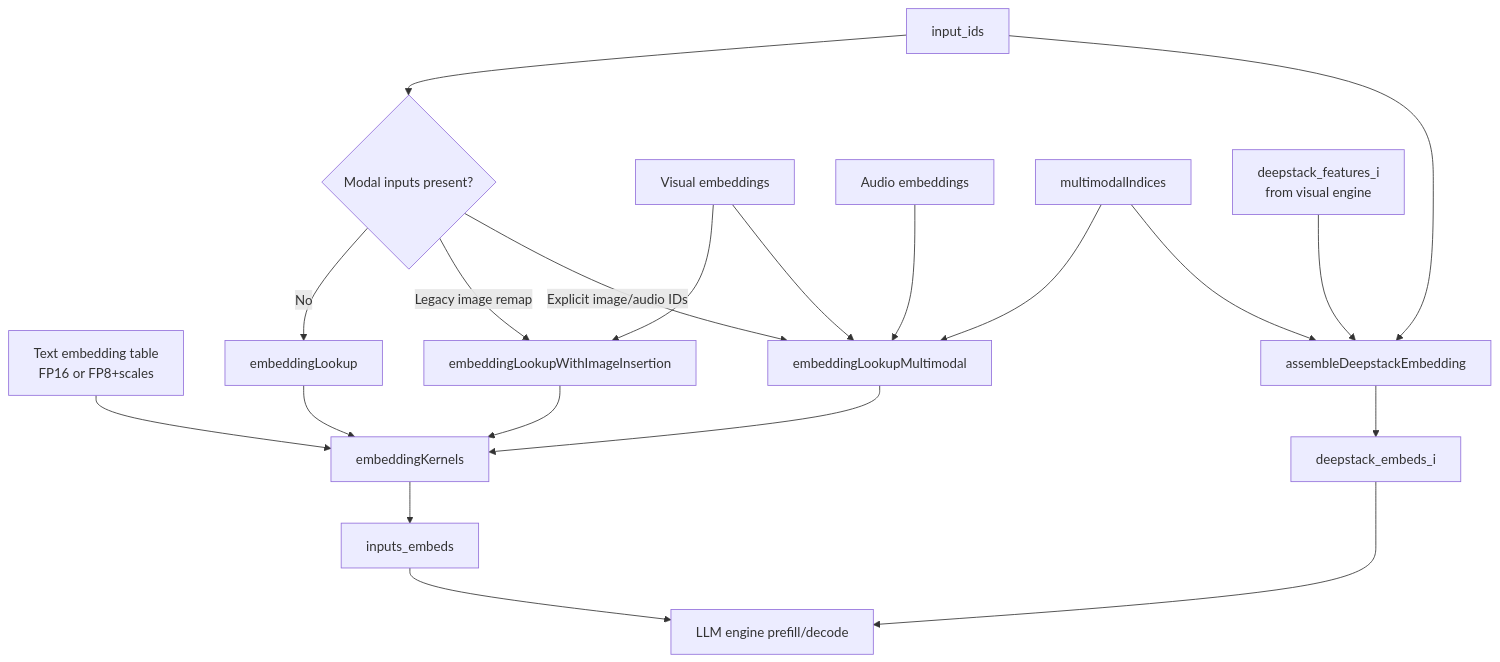
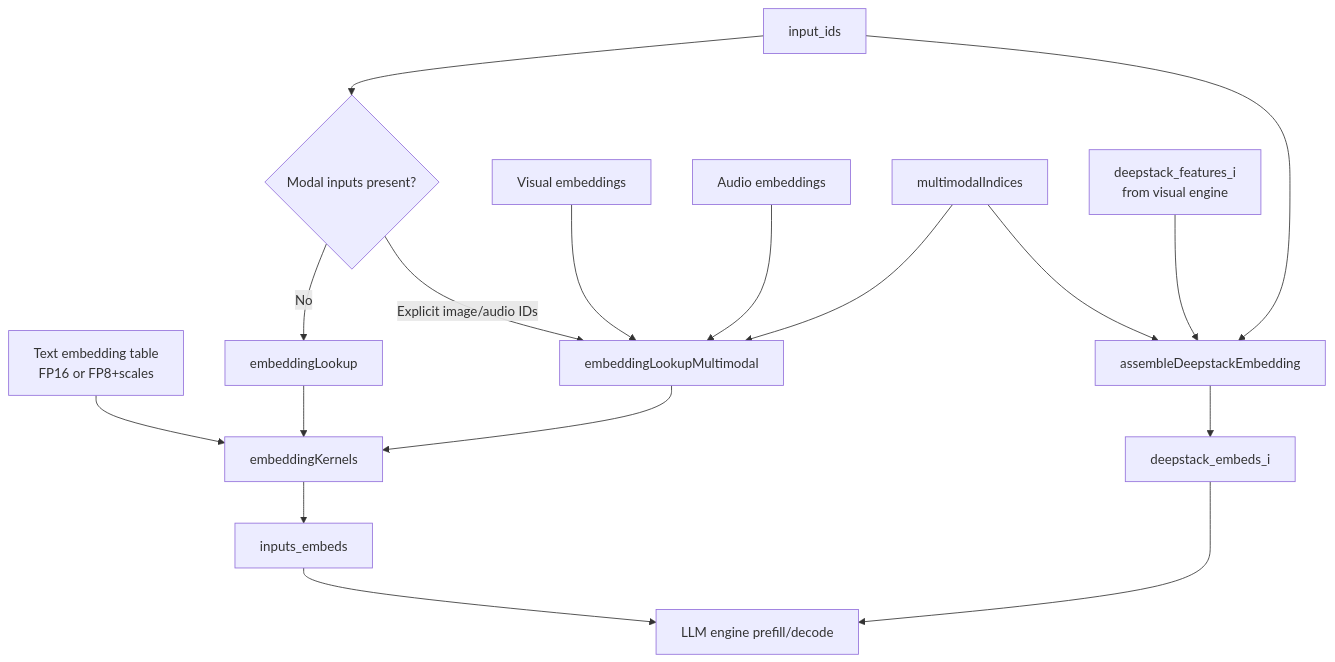
The diagram in design/concepts/components/embeddings/README.adoc (ConstBob/TensorRT-Edge-LLM), drawn with Mermaid before and after one commit. The commit also changed other lines of this file and 21 other files, not shown here.

Commit message:
refactor(embedding): single embeddingLookup for all modalities; remove legacy image scheme

```diff
--- a/design/concepts/components/embeddings/README.adoc
+++ b/design/concepts/components/embeddings/README.adoc
@@ -45,24 +45,21 @@
 [mermaid]
 ----
 flowchart TD
     IDS[input_ids] --> MODE{Modal inputs present?}
     TEXT[Text embedding table<br/>FP16 or FP8+scales] --> KERNELS[embeddingKernels]
     MODE -->|No| LOOKUP[embeddingLookup]
-    MODE -->|Legacy image remap| LEGACY[embeddingLookupWithImageInsertion]
     MODE -->|Explicit image/audio IDs| MM[embeddingLookupMultimodal]
     LOOKUP --> KERNELS
-    LEGACY --> KERNELS
     MM --> KERNELS
-    IMG[Visual embeddings] --> LEGACY
-    IMG --> MM
+    IMG[Visual embeddings] --> MM
     AUD[Audio embeddings] --> MM
     IND[multimodalIndices] --> MM
     KERNELS --> INPUTS[inputs_embeds]
     INPUTS --> LLM[LLM engine prefill/decode]
 
     DSF[deepstack_features_i<br/>from visual engine] --> DSK[assembleDeepstackEmbedding]
     IDS --> DSK
     IND --> DSK
     DSK --> DSE[deepstack_embeds_i]
     DSE --> LLM
 ----
```
